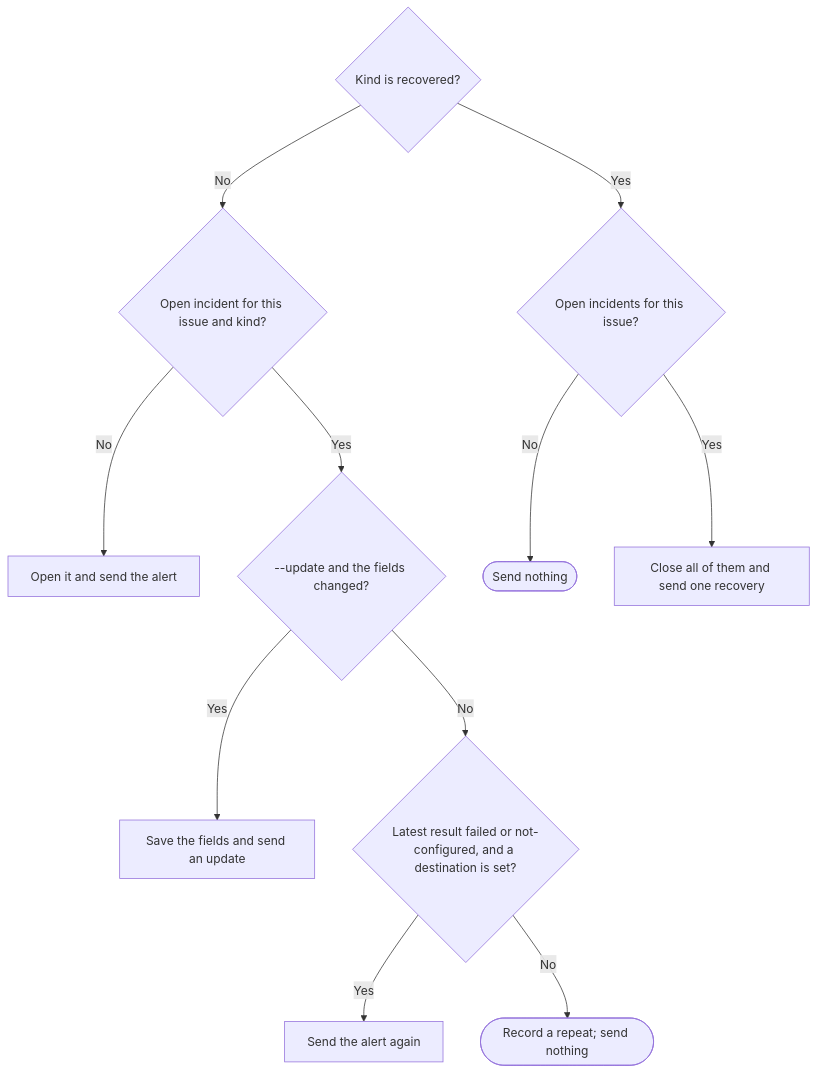
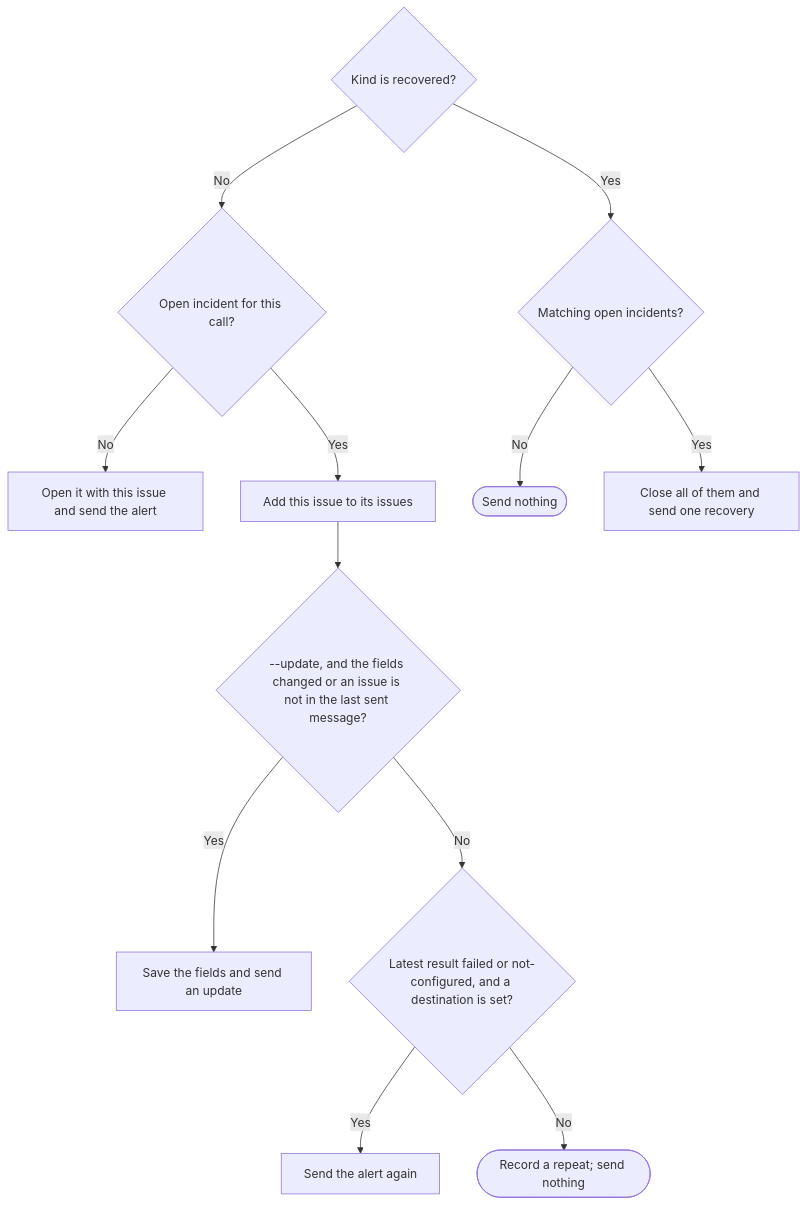
The diagram in prompts/cli/autopilot-alerts.prompt.md (promptdriven/pdd), drawn with Mermaid before and after one commit. The commit also changed other lines of this file and 8 other files, not shown here.

````diff
--- a/prompts/cli/autopilot-alerts.prompt.md
+++ b/prompts/cli/autopilot-alerts.prompt.md
@@ -142,13 +169,14 @@
 ```mermaid
 flowchart TD
-    K{Kind is recovered?} -->|No| O{Open incident for this issue and kind?}
-    O -->|No| N[Open it and send the alert]
-    O -->|Yes| U{"--update and the fields changed?"}
+    K{Kind is recovered?} -->|No| O{Open incident for this call?}
+    O -->|No| N[Open it with this issue and send the alert]
+    O -->|Yes| J[Add this issue to its issues]
+    J --> U{"--update, and the fields changed or an issue is not in the last sent message?"}
     U -->|Yes| S[Save the fields and send an update]
     U -->|No| R{Latest result failed or not-configured, and a destination is set?}
     R -->|Yes| A[Send the alert again]
     R -->|No| Q(["Record a repeat; send nothing"])
-    K -->|Yes| C{Open incidents for this issue?}
+    K -->|Yes| C{Matching open incidents?}
     C -->|No| Z([Send nothing])
     C -->|Yes| E[Close all of them and send one recovery]
 ```
````
